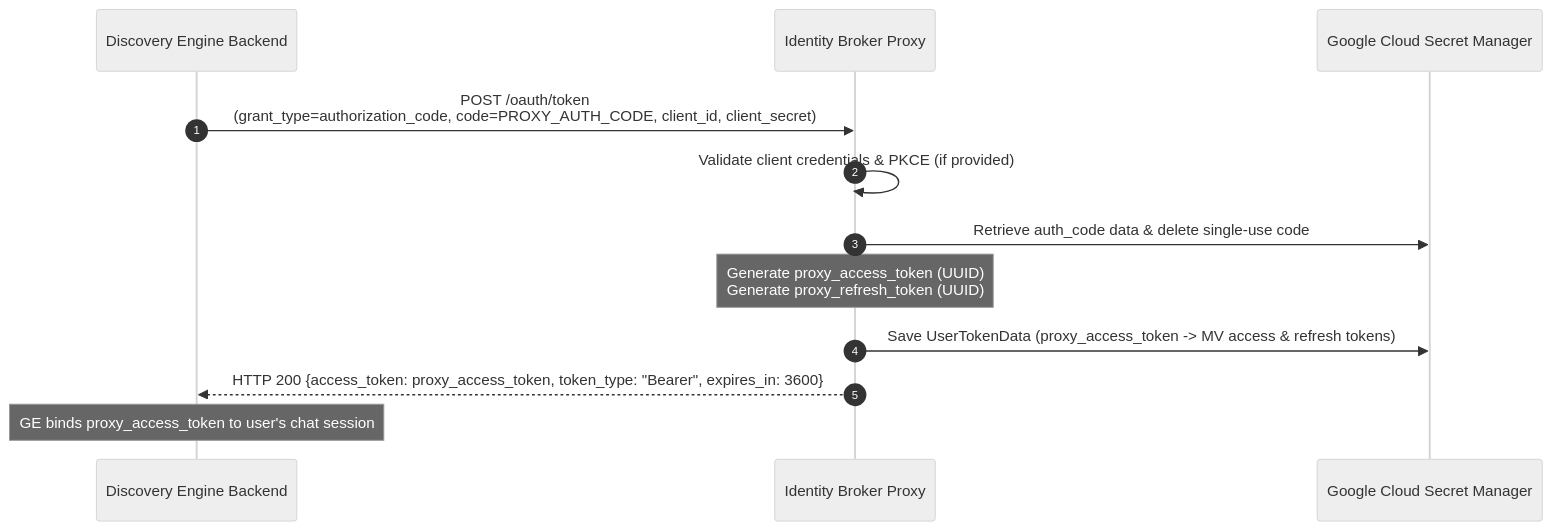
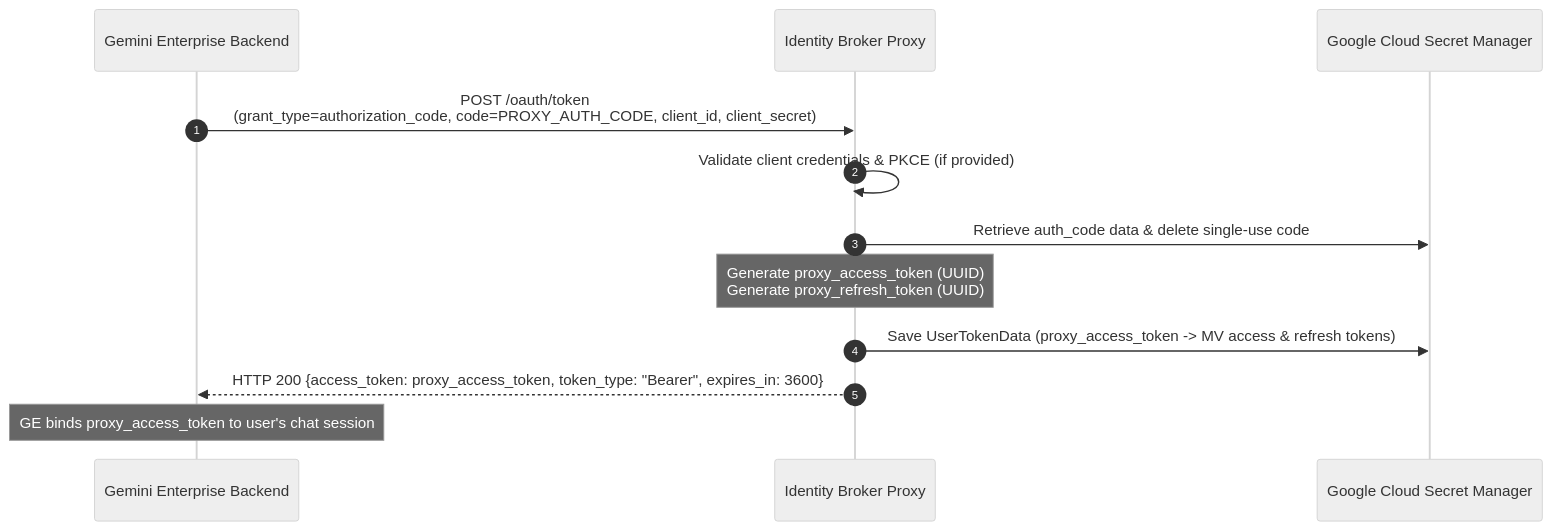
The second of 3 diagrams in docs/ARCHITECTURE.md (mpolski/ge-mcp-auth-proxy), drawn with Mermaid (neutral theme) before and after one commit. The commit also changed other lines of this file and 9 other files, not shown here.

````diff
--- a/docs/ARCHITECTURE.md
+++ b/docs/ARCHITECTURE.md
@@ -176,15 +172,15 @@
 ```mermaid
 sequenceDiagram
     autonumber
-    participant GE as Discovery Engine Backend
+    participant GE as Gemini Enterprise Backend
     participant Proxy as Identity Broker Proxy
     participant SM as Google Cloud Secret Manager
 
     GE->>Proxy: POST /oauth/token<br/>(grant_type=authorization_code, code=PROXY_AUTH_CODE, client_id, client_secret)
     Proxy->>Proxy: Validate client credentials & PKCE (if provided)
     Proxy->>SM: Retrieve auth_code data & delete single-use code
     Note over Proxy: Generate proxy_access_token (UUID)<br/>Generate proxy_refresh_token (UUID)
     Proxy->>SM: Save UserTokenData (proxy_access_token -> MV access & refresh tokens)
     Proxy-->>GE: HTTP 200 {access_token: proxy_access_token, token_type: "Bearer", expires_in: 3600}
     Note over GE: GE binds proxy_access_token to user's chat session
 ```
````
